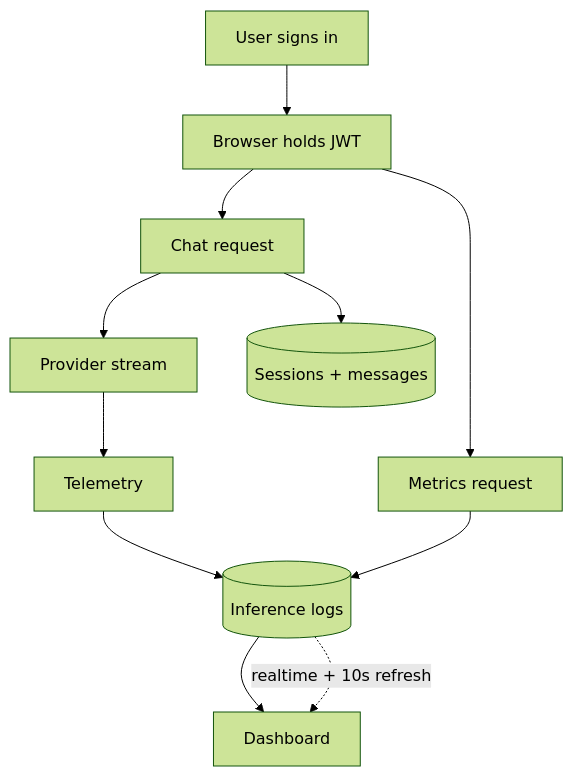
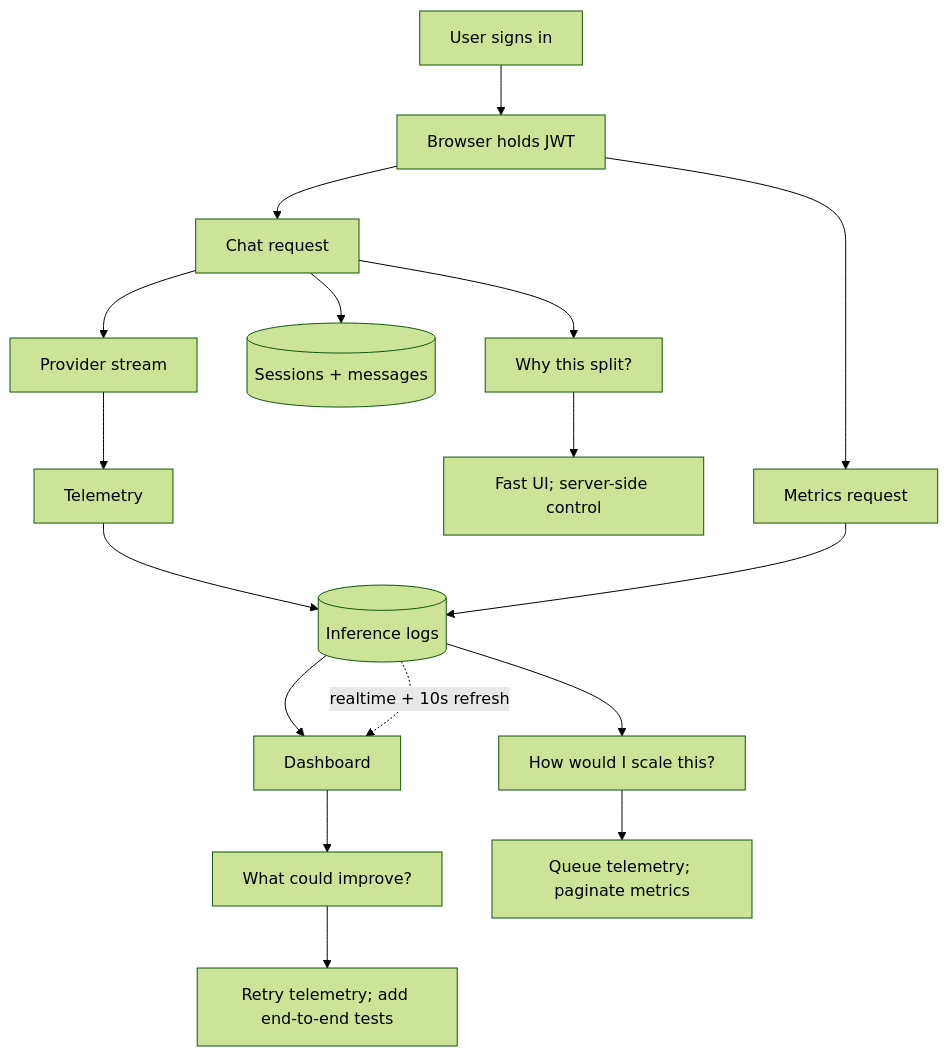
Before and after one commit to Ankesh-Singh/t7.chat: the diagram in How It Worked.md, drawn with Mermaid (forest theme). The commit also changed other lines of this file and 1 other file, not shown here.

Commit message:
docs: include architecture decisions in diagram

````diff
--- a/How It Worked.md
+++ b/How It Worked.md
@@ -5,13 +5,19 @@
 ```mermaid
 flowchart TB
   A["User signs in"] --> B["Browser holds JWT"]
   B --> C["Chat request"]
   C --> D["Provider stream"]
   C --> E[("Sessions + messages")]
   D --> F["Telemetry"]
   F --> G[("Inference logs")]
   B --> H["Metrics request"]
   H --> G
   G --> I["Dashboard"]
   G -. "realtime + 10s refresh" .-> I
+  C --> Q1["Why this split?"]
+  Q1 --> A1["Fast UI; server-side control"]
+  G --> Q2["How would I scale this?"]
+  Q2 --> A2["Queue telemetry; paginate metrics"]
+  I --> Q3["What could improve?"]
+  Q3 --> A3["Retry telemetry; add end-to-end tests"]
 ```
````
